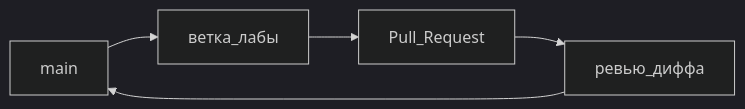
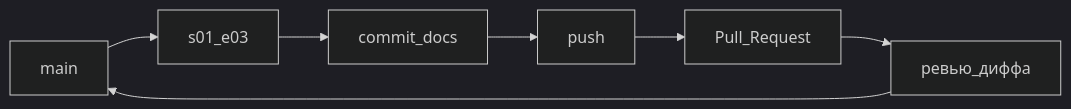
The diagram in docs/telegram-s01/S01E03-git.md (AlexanderNY/cursor_test), drawn with Mermaid (dark theme) before and after one commit. The commit also changed other lines of this file and 77 other files, not shown here.

````diff
--- a/docs/telegram-s01/S01E03-git.md
+++ b/docs/telegram-s01/S01E03-git.md
@@ -46,7 +140,9 @@
 ```mermaid
 flowchart LR
-  Main[main] --> Branch[ветка_лабы]
-  Branch --> PR[Pull_Request]
+  Main[main] --> Branch[s01_e03]
+  Branch --> Commit[commit_docs]
+  Commit --> Push[push]
+  Push --> PR[Pull_Request]
   PR --> Review[ревью_диффа]
   Review --> Main
 ```
````
